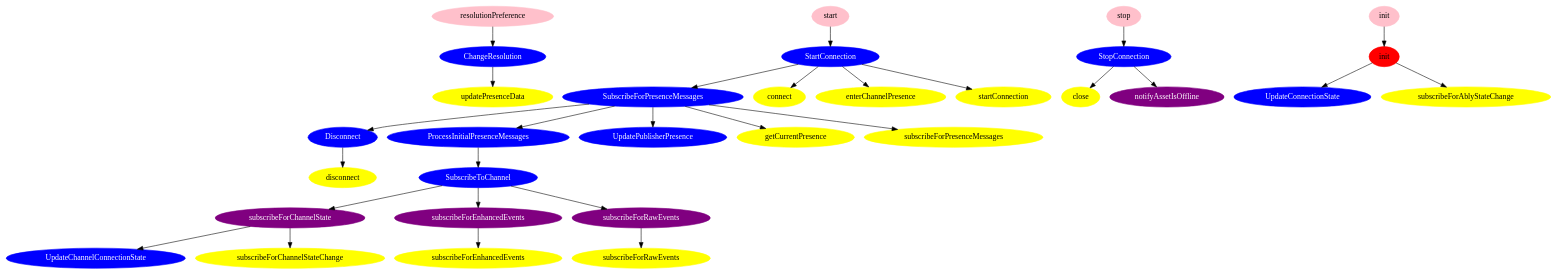
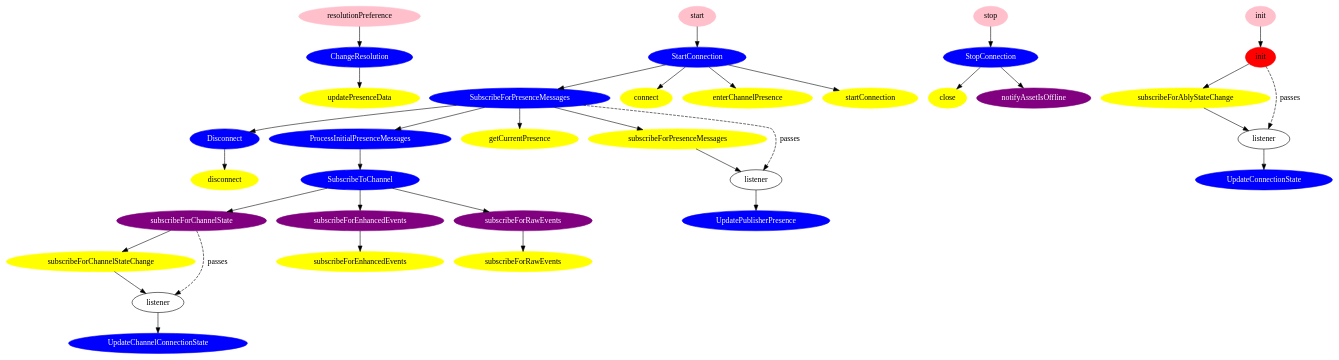
Before and after one commit to ably/ably-asset-tracking-common: the diagram in documentation/subscriber.dot, drawn with Graphviz. The commit also changed 2 other files, not shown here.

Commit message:
Show the behaviours triggered by Ably wrapper calling a listener

```diff
--- a/documentation/subscriber.dot
+++ b/documentation/subscriber.dot
@@ -1,119 +1,143 @@
 digraph {
   subgraph workers {
     label = "Workers";
     node [style=filled, color=blue, fontcolor=white];
 
     // This is a list of all of the workers in the subscriber SDK
     ChangeResolution;
     Disconnect;
     ProcessInitialPresenceMessages;
     StartConnection;
     StopConnection;
     SubscribeForPresenceMessages;
     SubscribeToChannel;
     UpdateChannelConnectionState;
     UpdateConnectionState;
     UpdatePublisherPresence;
   }
 
   subgraph ably_wrapper {
     label = "Ably wrapper";
     node [style=filled, color=yellow];
 
     close;
     connect;
     disconnect;
     enterChannelPresence;
     getCurrentPresence;
     startConnection;
     subscribeForPresenceMessages;
     updatePresenceData;
     subscribeForAblyStateChange;
     subscribeForChannelStateChange;
     ably_subscribeForEnhancedEvents [label = "subscribeForEnhancedEvents"];
     ably_subscribeForRawEvents [label = "subscribeForRawEvents"];
+  }
+
+  subgraph ably_wrapper_listeners {
+    node [label="listener"]
+
+    /* This is a list of all of the listeners passed to the Ably wrapper (except for the ones where the listener does not trigger a behaviour that this graph is interested in.)
+     *
+     * These nodes are given names like listener_<caller_name>__<called_name>.
+     */
+
+    listener_SubscribeForPresenceMessages__subscribeForPresenceMessages;
+    listener_CoreSubscriber_init__subscribeForAblyStateChange;
+    listener_subscribeForChannelState__subscribeForChannelStateChange;
   }
 
   subgraph CoreSubscriber_public_methods {
     label = "CoreSubscriber public methods";
     node [style=filled, color=red];
 
     CoreSubscriber_init [label = "init"];
   }
 
   subgraph DefaultSubscriber_public_methods {
     label = "DefaultSubscriber public methods";
     node [style=filled, color=pink];
 
     DefaultSubscriber_init [label = "init"];
     start;
     resolutionPreference;
     stop;
   }
 
   subgraph CoreSubscriber_SubscriberInteractor {
     label = "CoreSubscriber’s implementation of SubscriberInteractor"
     node [style=filled, color=purple, fontcolor=white];
 
     notifyAssetIsOffline;
     subscribeForChannelState;
     subscribeForEnhancedEvents;
     subscribeForRawEvents;
   }
 
   // Workers posted by workers
 
   ProcessInitialPresenceMessages -> SubscribeToChannel;
 
   StartConnection -> SubscribeForPresenceMessages;
 
   SubscribeForPresenceMessages -> Disconnect;
   SubscribeForPresenceMessages -> ProcessInitialPresenceMessages;
-  SubscribeForPresenceMessages -> UpdatePublisherPresence;
 
   // Ably wrapper methods called by workers
 
   ChangeResolution -> updatePresenceData;
 
   Disconnect -> disconnect;
 
   StartConnection -> connect;
   StartConnection -> enterChannelPresence;
   StartConnection -> startConnection;
 
   StopConnection -> close;
 
   SubscribeForPresenceMessages -> getCurrentPresence;
   SubscribeForPresenceMessages -> subscribeForPresenceMessages;
 
   // SubscriberInteractor methods called by workers
 
   StopConnection -> notifyAssetIsOffline;
 
   SubscribeToChannel -> subscribeForChannelState;
   SubscribeToChannel -> subscribeForEnhancedEvents;
   SubscribeToChannel -> subscribeForRawEvents;
 
-  // CoreSubscriber enqueued workers
-
-  CoreSubscriber_init -> UpdateConnectionState
-
-  subscribeForChannelState -> UpdateChannelConnectionState
-
   // DefaultSubscriber called methods
 
   DefaultSubscriber_init -> CoreSubscriber_init;
 
   // DefaultSubscriber enqueued workers (by calling core.enqueue)
 
   start -> StartConnection;
   resolutionPreference -> ChangeResolution;
   stop -> StopConnection;
 
   // Ably wrapper methods called by CoreSubscriber
 
   CoreSubscriber_init -> subscribeForAblyStateChange;
   subscribeForChannelState -> subscribeForChannelStateChange;
   subscribeForEnhancedEvents -> ably_subscribeForEnhancedEvents;
   subscribeForRawEvents -> ably_subscribeForRawEvents;
+
+  // Methods that pass listeners
+
+  SubscribeForPresenceMessages -> listener_SubscribeForPresenceMessages__subscribeForPresenceMessages [label = "passes", style = "dashed"];
+  CoreSubscriber_init -> listener_CoreSubscriber_init__subscribeForAblyStateChange [label = "passes", style = "dashed"];
+  subscribeForChannelState -> listener_subscribeForChannelState__subscribeForChannelStateChange [label = "passes", style = "dashed"];
+
+  // Methods that call listeners
+
+  subscribeForPresenceMessages -> listener_SubscribeForPresenceMessages__subscribeForPresenceMessages;
+  subscribeForAblyStateChange -> listener_CoreSubscriber_init__subscribeForAblyStateChange;
+  subscribeForChannelStateChange -> listener_subscribeForChannelState__subscribeForChannelStateChange;
+
+  // Actions performed in listeners
+
+  listener_SubscribeForPresenceMessages__subscribeForPresenceMessages -> UpdatePublisherPresence;
+  listener_CoreSubscriber_init__subscribeForAblyStateChange -> UpdateConnectionState
+  listener_subscribeForChannelState__subscribeForChannelStateChange -> UpdateChannelConnectionState
 }
```
